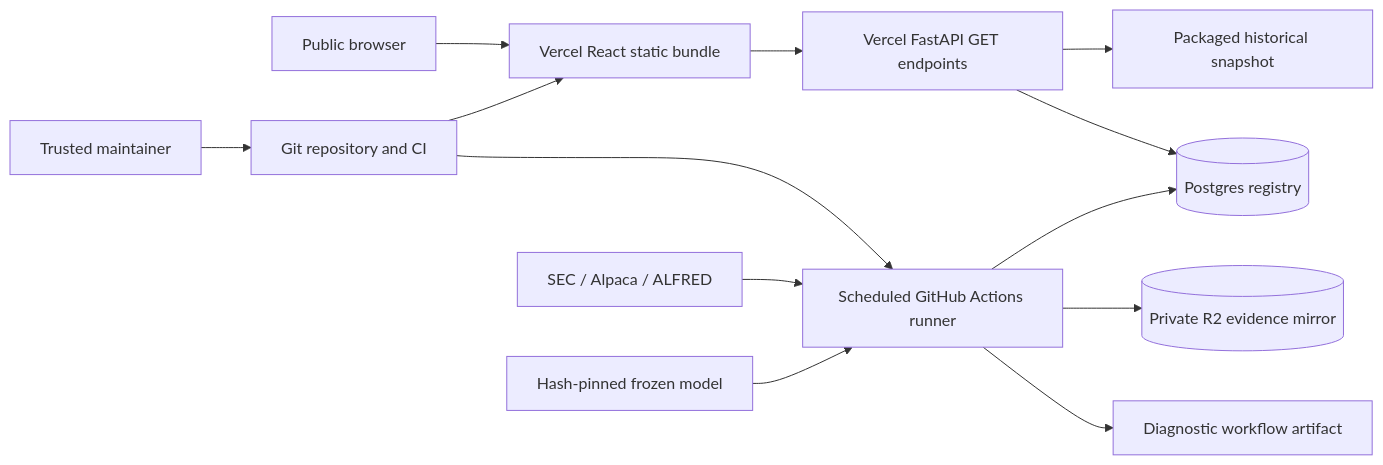
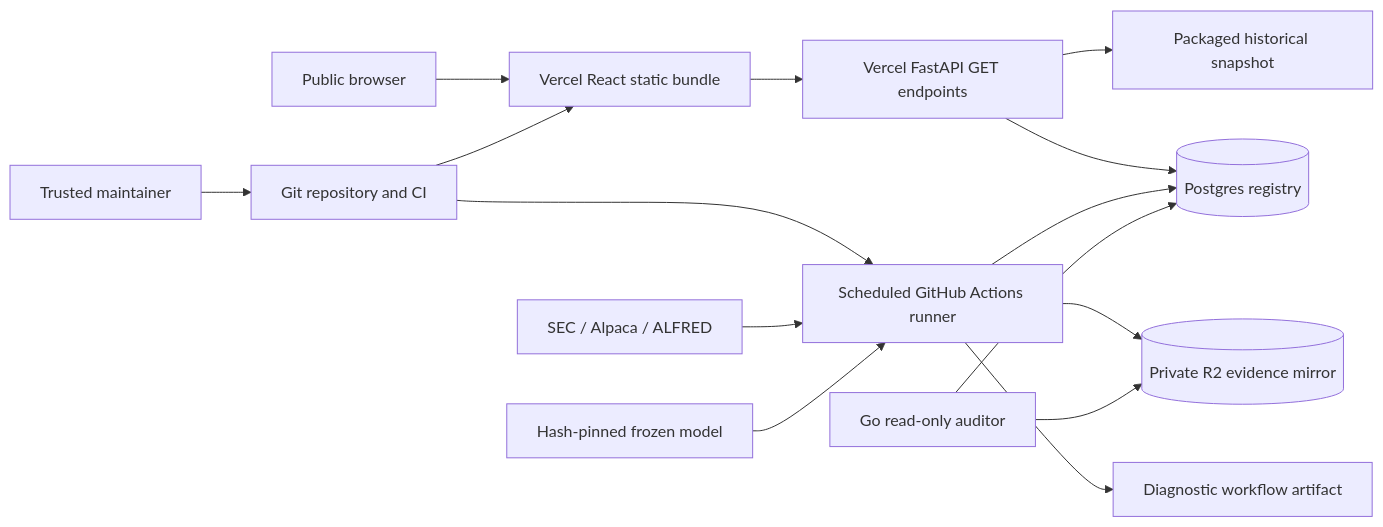
Before and after one commit to hoangnguyen2003/edgar-moe: the diagram in docs/architecture.md, drawn with Mermaid. The commit also changed other lines of this file and 17 other files, not shown here.

Commit message:
feat(ops): add read-only Go evidence auditor

````diff
--- a/docs/architecture.md
+++ b/docs/architecture.md
@@ -57,15 +57,17 @@
 ```mermaid
 flowchart LR
   User[Public browser] --> Web[Vercel React static bundle]
   Web --> API[Vercel FastAPI GET endpoints]
   API --> Snapshot[Packaged historical snapshot]
   API --> DB[(Postgres registry)]
   Maintainer[Trusted maintainer] --> Git[Git repository and CI]
   Git --> Web
   Git --> Runner[Scheduled GitHub Actions runner]
   Sources[SEC / Alpaca / ALFRED] --> Runner
   Frozen[Hash-pinned frozen model] --> Runner
   Runner --> DB
   Runner --> R2[(Private R2 evidence mirror)]
   Runner --> Diagnostic[Diagnostic workflow artifact]
+  Auditor[Go read-only auditor] --> DB
+  Auditor --> R2
 ```
````
